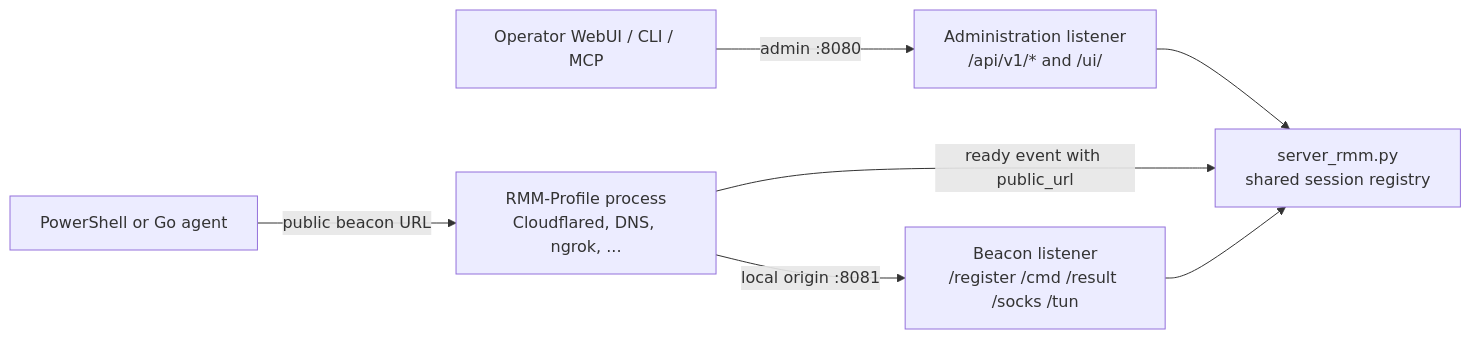
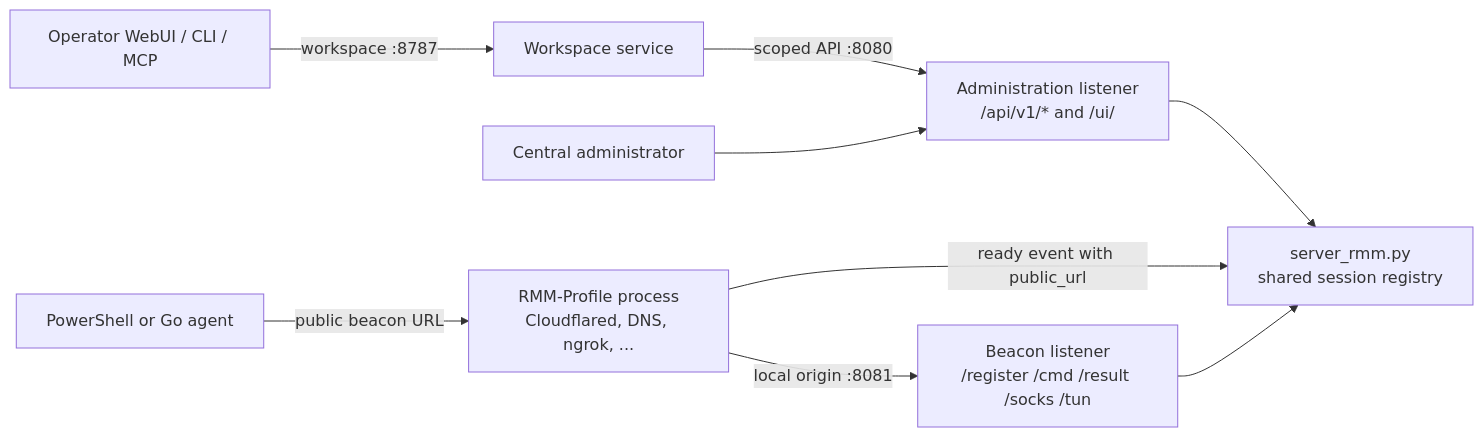
Before and after one commit to CyrilleFranchet/Minimal-RMM: the second of 6 diagrams in docs/architecture.md, drawn with Mermaid. The commit also changed other lines of this file and 49 other files, not shown here.

````diff
--- a/docs/architecture.md
+++ b/docs/architecture.md
@@ -81,9 +80,11 @@
 ```mermaid
 flowchart LR
-    operator["Operator WebUI / CLI / MCP"] -->|"admin :8080"| admin["Administration listener\n/api/v1/* and /ui/"]
+    operator["Operator WebUI / CLI / MCP"] -->|"workspace :8787"| workspace["Workspace service"]
+    workspace -->|"scoped API :8080"| admin["Administration listener\n/api/v1/* and /ui/"]
+    administrator["Central administrator"] --> admin
     admin --> server["server_rmm.py\nshared session registry"]
     profile["RMM-Profile process\nCloudflared, DNS, ngrok, ..."] -->|"local origin :8081"| beacon["Beacon listener\n/register /cmd /result /socks /tun"]
     profile -->|"ready event with public_url"| server
     agent["PowerShell or Go agent"] -->|"public beacon URL"| profile
     beacon --> server
 ```
````
